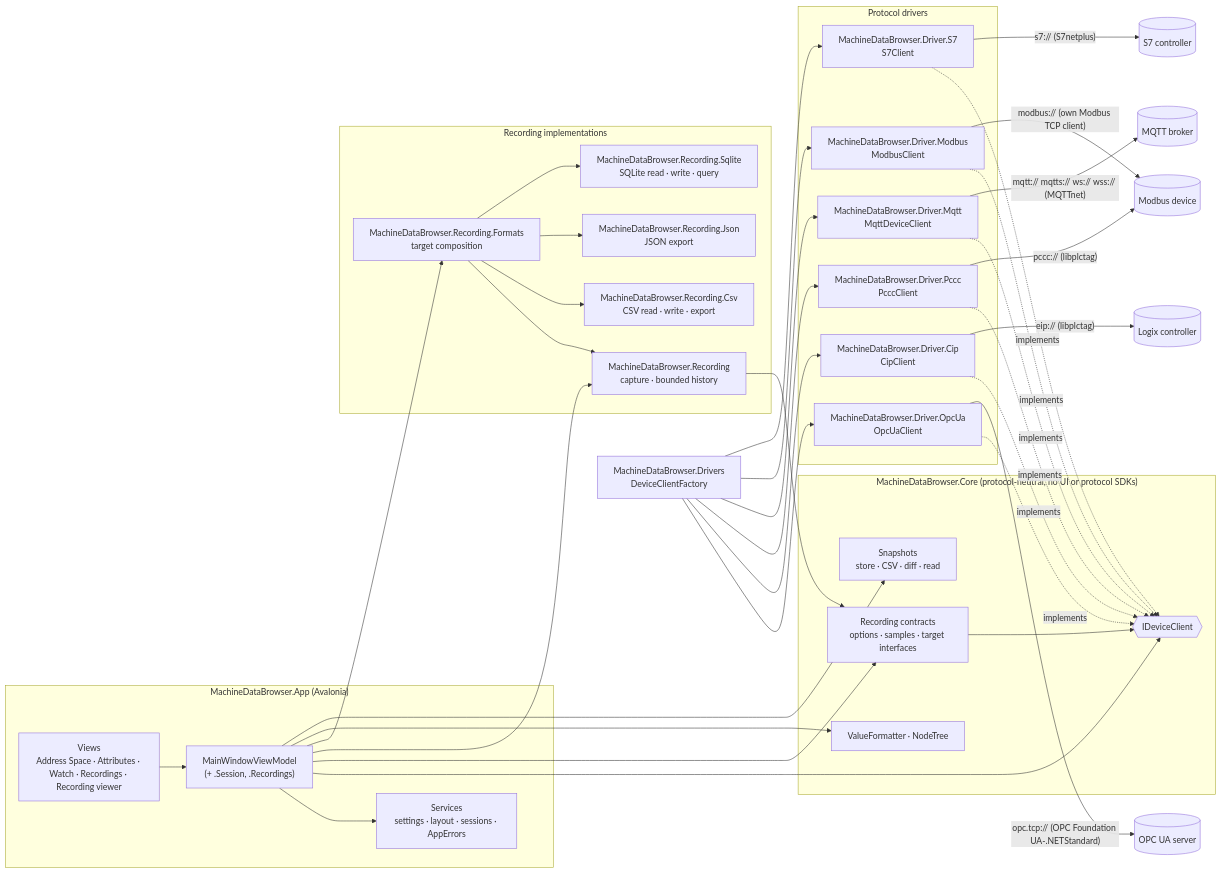
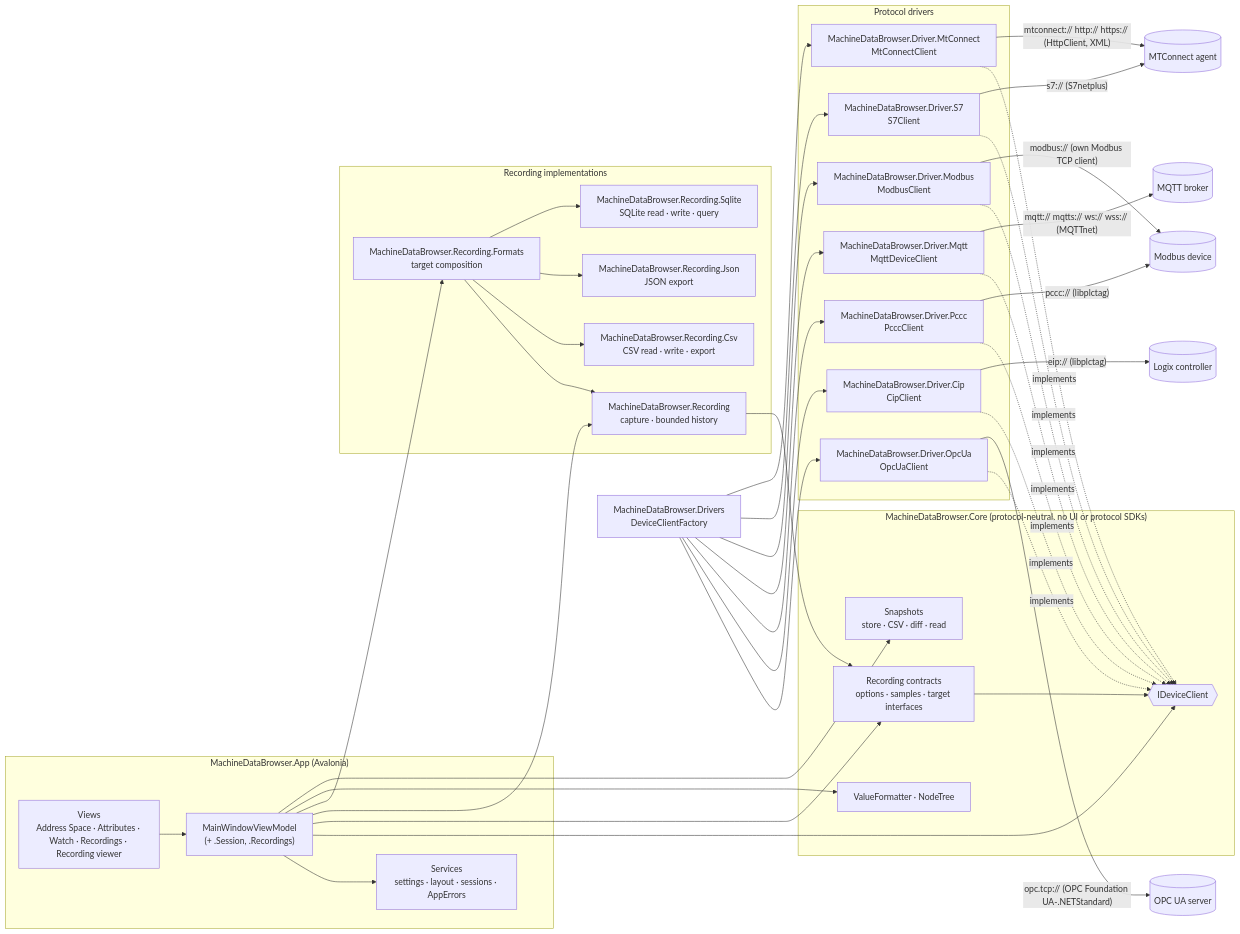
Before and after one commit to ZaoralJ/MachineDataBrowser: the first of 5 diagrams in docs/architecture.md, drawn with Mermaid. The commit also changed other lines of this file and 72 other files, not shown here.

Commit message:
feat(mtconnect): read-only MTConnect driver, agent simulator and docs (#183)

````diff
--- a/docs/architecture.md
+++ b/docs/architecture.md
@@ -17,66 +18,70 @@
 ```mermaid
 flowchart LR
     subgraph App["MachineDataBrowser.App (Avalonia)"]
         Views["Views<br/>Address Space · Attributes · Watch · Recordings · Recording viewer"]
         VM["MainWindowViewModel<br/>(+ .Session, .Recordings)"]
         Services["Services<br/>settings · layout · sessions · AppErrors"]
         Views --> VM
         VM --> Services
     end
 
     subgraph Core["MachineDataBrowser.Core (protocol-neutral, no UI or protocol SDKs)"]
         IDC{{"IDeviceClient"}}
         Rec["Recording contracts<br/>options · samples · target interfaces"]
         Fmt["ValueFormatter · NodeTree"]
         Snap["Snapshots<br/>store · CSV · diff · read"]
         Rec --> IDC
     end
 
     subgraph Recording["Recording implementations"]
         Engine["MachineDataBrowser.Recording<br/>capture · bounded history"]
         Csv["MachineDataBrowser.Recording.Csv<br/>CSV read · write · export"]
         Json["MachineDataBrowser.Recording.Json<br/>JSON export"]
         Sqlite["MachineDataBrowser.Recording.Sqlite<br/>SQLite read · write · query"]
         Formats["MachineDataBrowser.Recording.Formats<br/>target composition"]
         Formats --> Engine
         Formats --> Csv
         Formats --> Json
         Formats --> Sqlite
     end
 
     subgraph Drivers["Protocol drivers"]
         Ua["MachineDataBrowser.Driver.OpcUa<br/>OpcUaClient"]
         Cip["MachineDataBrowser.Driver.Cip<br/>CipClient"]
         Pccc["MachineDataBrowser.Driver.Pccc<br/>PcccClient"]
         Mqtt["MachineDataBrowser.Driver.Mqtt<br/>MqttDeviceClient"]
         Modbus["MachineDataBrowser.Driver.Modbus<br/>ModbusClient"]
         S7["MachineDataBrowser.Driver.S7<br/>S7Client"]
+        Mtc["MachineDataBrowser.Driver.MtConnect<br/>MtConnectClient"]
     end
     Composition["MachineDataBrowser.Drivers<br/>DeviceClientFactory"]
     Composition --> Ua
     Composition --> Cip
     Composition --> Pccc
     Composition --> Mqtt
     Composition --> Modbus
     Composition --> S7
+    Composition --> Mtc
     Ua -. implements .-> IDC
     Cip -. implements .-> IDC
     Pccc -. implements .-> IDC
     Mqtt -. implements .-> IDC
     Modbus -. implements .-> IDC
     S7 -. implements .-> IDC
+    Mtc -. implements .-> IDC
     VM --> IDC
     VM --> Rec
     VM --> Engine
     VM --> Formats
     Engine --> Rec
     VM --> Fmt
     VM --> Snap
 
     Ua -- "opc.tcp:// (OPC Foundation UA-.NETStandard)" --> S1[(OPC UA server)]
     Cip -- "eip:// (libplctag)" --> S2[(Logix controller)]
     Pccc -- "pccc:// (libplctag)" --> S4[(SLC 500 / MicroLogix / PLC-5)]
     Mqtt -- "mqtt:// mqtts:// ws:// wss:// (MQTTnet)" --> S3[(MQTT broker)]
     Modbus -- "modbus:// (own Modbus TCP client)" --> S4[(Modbus device)]
     S7 -- "s7:// (S7netplus)" --> S5[(S7 controller)]
+    Mtc -- "mtconnect:// http:// https:// (HttpClient, XML)" --> S5[(MTConnect agent)]
 ```
````
